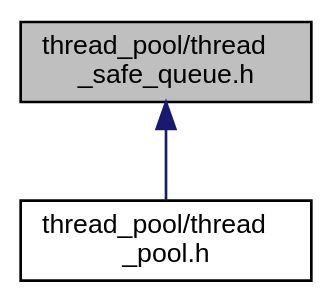
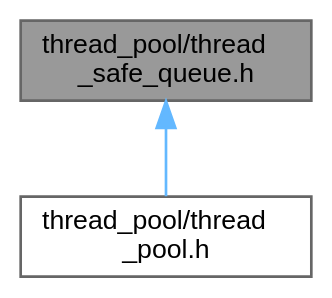
One commit to DeveloperPaul123/thread-pool changed the diagram in d3/d4a/thread__safe__queue_8h__dep__incl.dot. Above: the diagram before and after it, drawn with Graphviz. The commit also changed 101 other files, not shown here.

```diff
--- a/d3/d4a/thread__safe__queue_8h__dep__incl.dot
+++ b/d3/d4a/thread__safe__queue_8h__dep__incl.dot
@@ -1,10 +1,10 @@
 digraph "thread_pool/thread_safe_queue.h"
 {
  // LATEX_PDF_SIZE
   bgcolor="transparent";
-  edge [fontname="Helvetica",fontsize="10",labelfontname="Helvetica",labelfontsize="10"];
-  node [fontname="Helvetica",fontsize="10",shape=record];
-  Node1 [label="thread_pool/thread\l_safe_queue.h",height=0.2,width=0.4,color="black", fillcolor="grey75", style="filled", fontcolor="black",tooltip=" "];
-  Node1 -> Node2 [dir="back",color="midnightblue",fontsize="10",style="solid",fontname="Helvetica"];
-  Node2 [label="thread_pool/thread\l_pool.h",height=0.2,width=0.4,color="black",URL="$d3/dec/thread__pool_8h.html",tooltip=" "];
+  edge [fontname=Helvetica,fontsize=10,labelfontname=Helvetica,labelfontsize=10];
+  node [fontname=Helvetica,fontsize=10,shape=box,height=0.2,width=0.4];
+  Node1 [label="thread_pool/thread\l_safe_queue.h",height=0.2,width=0.4,color="gray40", fillcolor="grey60", style="filled", fontcolor="black",tooltip=" "];
+  Node1 -> Node2 [dir="back",color="steelblue1",style="solid"];
+  Node2 [label="thread_pool/thread\l_pool.h",height=0.2,width=0.4,color="grey40", fillcolor="white", style="filled",URL="$d3/dec/thread__pool_8h.html",tooltip=" "];
 }
```
